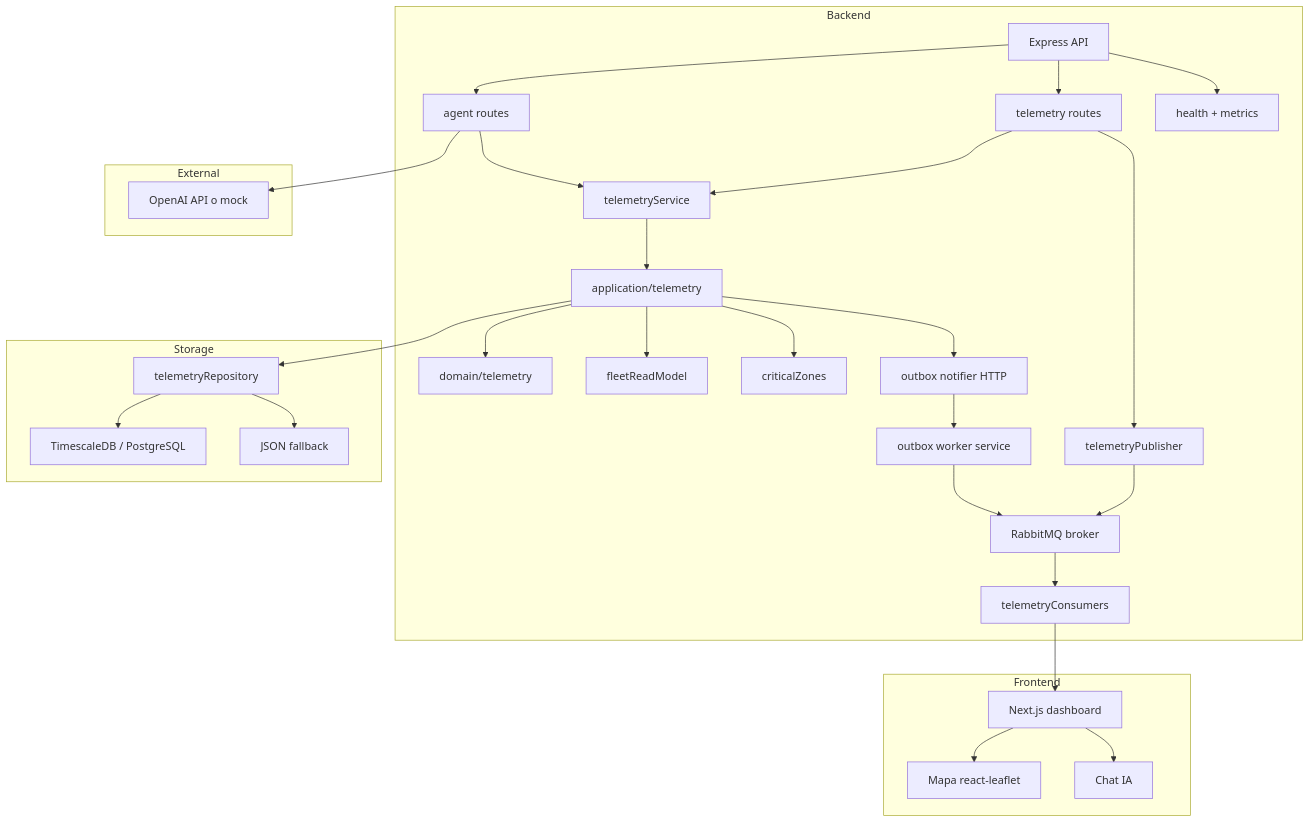
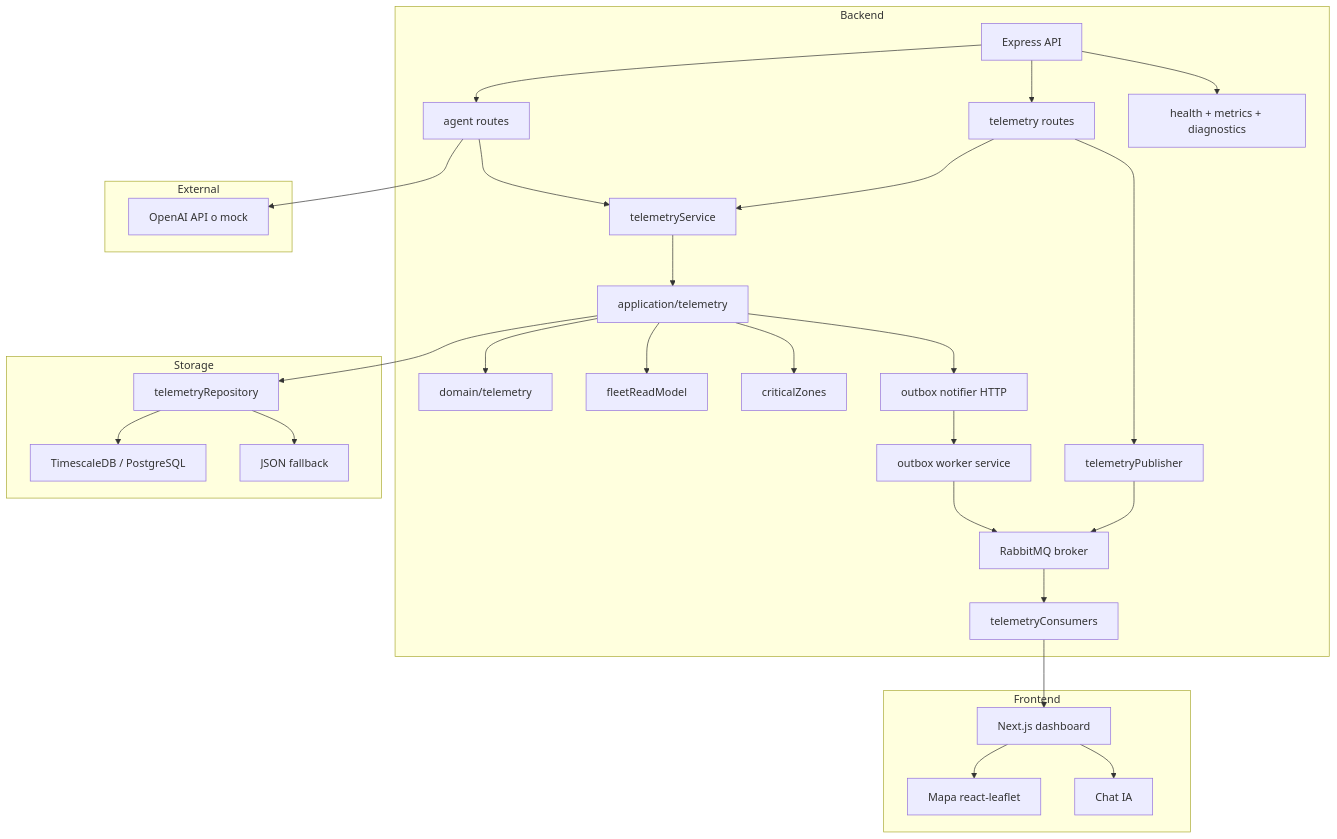
Before and after one commit to Alberth72/Fullstack_Engineer: the diagram in docs/architecture.md, drawn with Mermaid. The commit also changed other lines of this file and 16 other files, not shown here.

````diff
--- a/docs/architecture.md
+++ b/docs/architecture.md
@@ -33,59 +33,59 @@
 ```mermaid
 flowchart TB
   subgraph Frontend["Frontend"]
     DASH["Next.js dashboard"]
     MAP["Mapa react-leaflet"]
     CHAT["Chat IA"]
     DASH --> MAP
     DASH --> CHAT
   end
 
   subgraph Backend["Backend"]
     API["Express API"]
     TELE["telemetry routes"]
     AGENT["agent routes"]
     APP["application/telemetry"]
     SERVICE["telemetryService"]
     DOMAIN["domain/telemetry"]
     READ["fleetReadModel"]
     ZONES["criticalZones"]
     OUTBOX["outbox notifier HTTP"]
     WORKER["outbox worker service"]
     BROKER["RabbitMQ broker"]
     PUB["telemetryPublisher"]
     CONS["telemetryConsumers"]
-    OBS["health + metrics"]
+    OBS["health + metrics + diagnostics"]
   end
 
   subgraph Storage["Storage"]
     REPO["telemetryRepository"]
     PG["TimescaleDB / PostgreSQL"]
     JSON["JSON fallback"]
   end
 
   subgraph External["External"]
     OPENAI["OpenAI API o mock"]
   end
 
   API --> TELE
   API --> AGENT
   API --> OBS
 
   TELE --> SERVICE
   AGENT --> SERVICE
   SERVICE --> APP
   APP --> DOMAIN
   APP --> READ
   APP --> ZONES
   APP --> REPO
   APP --> OUTBOX
   OUTBOX --> WORKER
   REPO --> PG
   REPO --> JSON
   TELE --> PUB
   PUB --> BROKER
   WORKER --> BROKER
   BROKER --> CONS
   CONS --> DASH
   AGENT --> OPENAI
 ```
````
